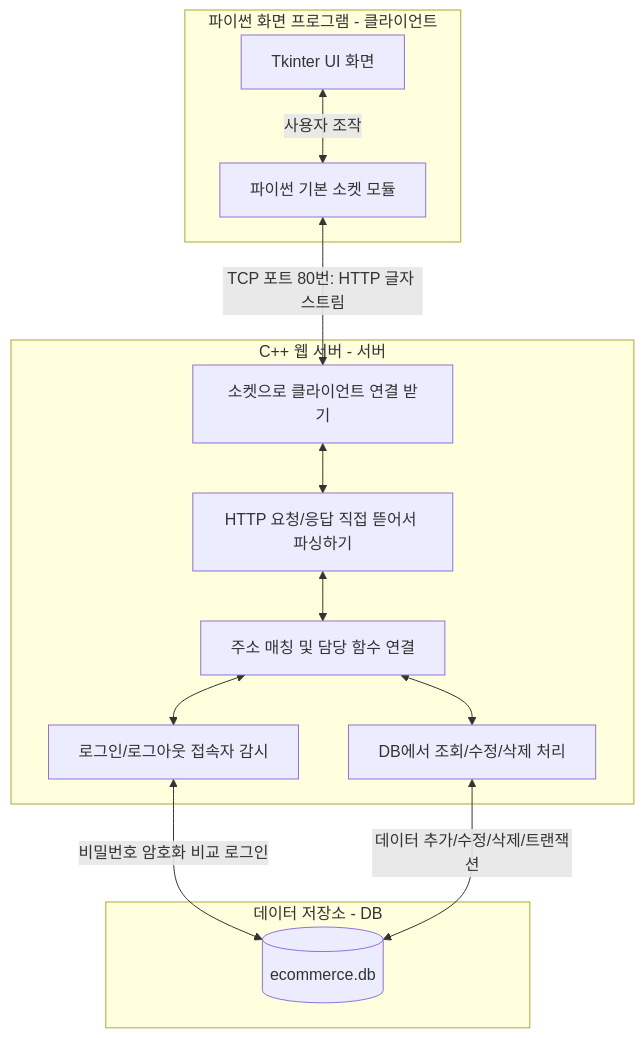
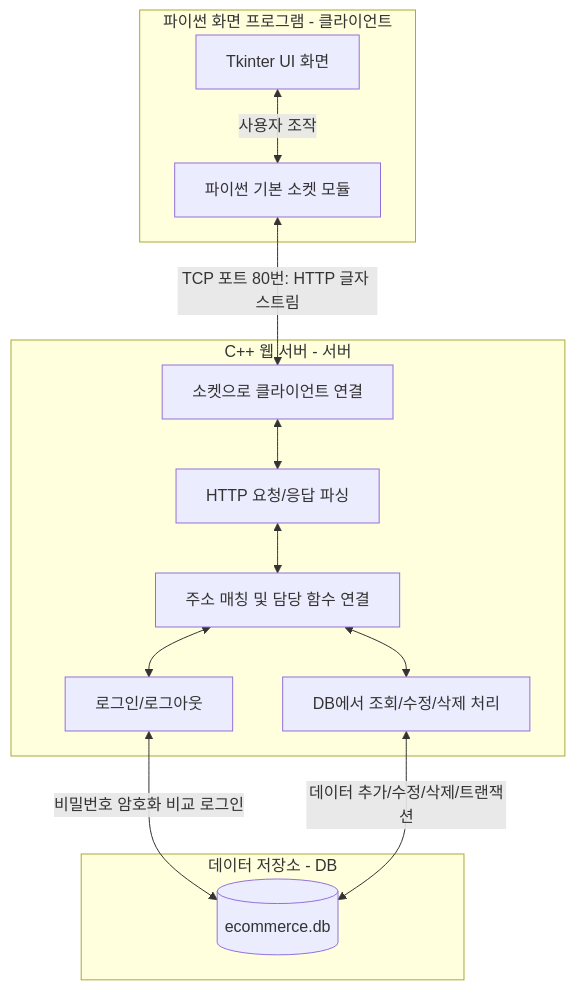
Before and after one commit to a1paka12/ComputerNetworkTask: the first of 8 diagrams in README.md, drawn with Mermaid. The commit also changed other lines of this file and 10 other files, not shown here.

````diff
--- a/README.md
+++ b/README.md
@@ -27,28 +27,28 @@
 ```mermaid
 graph TD
     subgraph Client [파이썬 화면 프로그램 - 클라이언트]
         ClientUI[Tkinter UI 화면]
         PySocket[파이썬 기본 소켓 모듈]
     end
 
     subgraph AppServer [C++ 웹 서버 - 서버]
-        HttpSocket[소켓으로 클라이언트 연결 받기]
-        HttpParser[HTTP 요청/응답 직접 뜯어서 파싱하기]
+        HttpSocket[소켓으로 클라이언트 연결]
+        HttpParser[HTTP 요청/응답 파싱]
         Router[주소 매칭 및 담당 함수 연결]
-        AuthModule[로그인/로그아웃 접속자 감시]
+        AuthModule[로그인/로그아웃]
         DBController[DB에서 조회/수정/삭제 처리]
     end
 
     subgraph DataTier [데이터 저장소 - DB]
         DB[(ecommerce.db)]
     end
 
     ClientUI <-->|사용자 조작| PySocket
     PySocket <-->|TCP 포트 80번: HTTP 글자 스트림| HttpSocket
     HttpSocket <--> HttpParser
     HttpParser <--> Router
     Router <--> AuthModule
     Router <--> DBController
     AuthModule <-->|비밀번호 암호화 비교 로그인| DB
     DBController <-->|데이터 추가/수정/삭제/트랜잭션| DB
 ```
````
